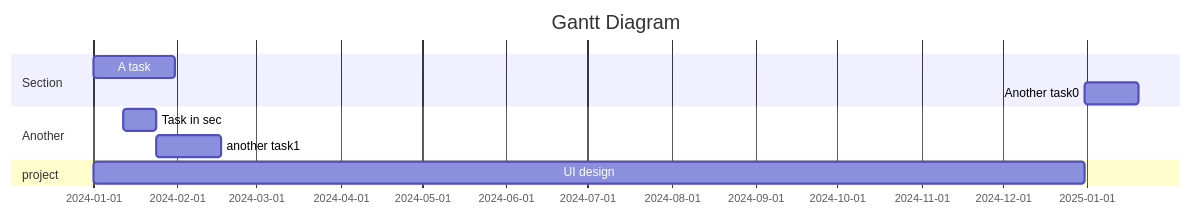
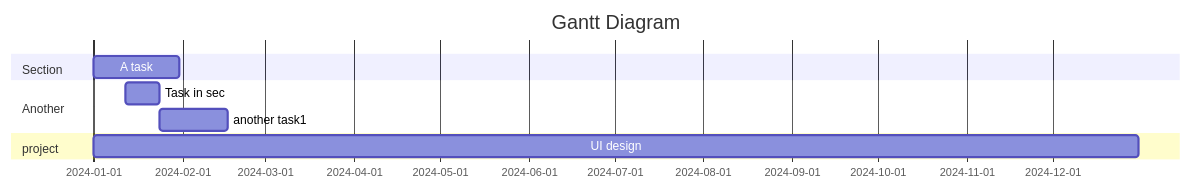
Before and after one commit to z9wen/iodraw-files: the diagram in all/Code Gantt Chart.md, drawn with Mermaid.

Commit message:
2024-03-29 10:59:34 update

````diff
--- a/all/Code Gantt Chart.md
+++ b/all/Code Gantt Chart.md
@@ -1,14 +1,13 @@
 ```mermaid
 gantt
     title Gantt Diagram
     dateFormat  YYYY-MM-DD
 
     section Section
     A task           :a1, 2024-01-01, 30d
-    Another task0     :after a1  , 20d
     section Another
     Task in sec      :2024-01-12  , 12d
     another task1      : 24d
     section project
     UI design        :a1, 2024-01-01, 365d
 ```
````
